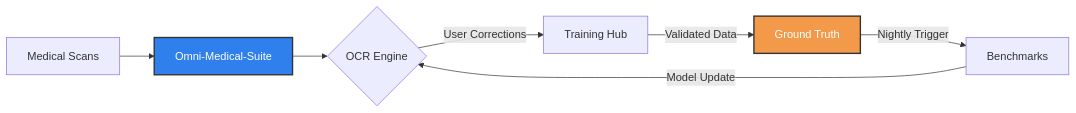
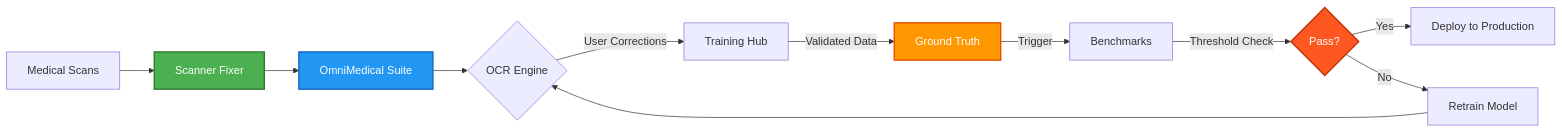
The diagram in PORTFOLIO.md (DrAbdulmalek/omni-medical-suite), drawn with Mermaid before and after one commit. The commit also changed other lines of this file and 1 other file, not shown here.

First line of the commit message:
docs: add Start Here ecosystem map, update Related Repositories, integrate scanner-fixer

````diff
--- a/PORTFOLIO.md
+++ b/PORTFOLIO.md
@@ -23,12 +25,18 @@
 ```mermaid
 graph LR
-    A[Medical Scans] --> B[Omni-Medical-Suite]
-    B --> C{OCR Engine}
-    C -->|User Corrections| D[Training Hub]
-    D -->|Validated Data| E[Ground Truth]
-    E -->|Nightly Trigger| F[Benchmarks]
-    F -->|Model Update| C
+    A[Medical Scans] --> B[Scanner Fixer]
+    B --> C[OmniMedical Suite]
+    C --> D{OCR Engine}
+    D -->|User Corrections| E[Training Hub]
+    E -->|Validated Data| F[Ground Truth]
+    F -->|Trigger| G[Benchmarks]
+    G -->|Threshold Check| H{Pass?}
+    H -->|Yes| I[Deploy to Production]
+    H -->|No| J[Retrain Model]
+    J --> D
 
-    style B fill:#2f80ed,stroke:#333,stroke-width:2px,color:#fff
-    style E fill:#f2994a,stroke:#333,stroke-width:2px,color:#fff
+    style B fill:#4caf50,stroke:#2e7d32,stroke-width:2px,color:#fff
+    style C fill:#2196f3,stroke:#1565c0,stroke-width:2px,color:#fff
+    style F fill:#ff9800,stroke:#e65100,stroke-width:2px,color:#fff
+    style H fill:#ff5722,stroke:#bf360c,stroke-width:2px,color:#fff
 ```
````
